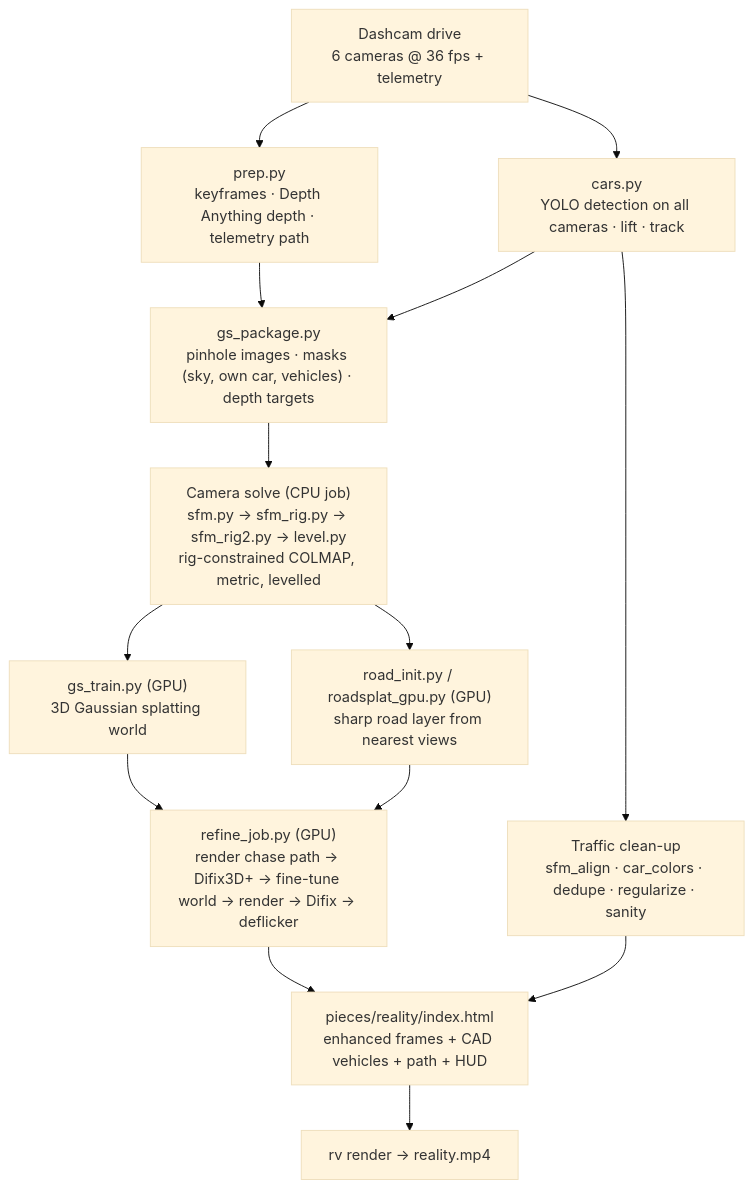
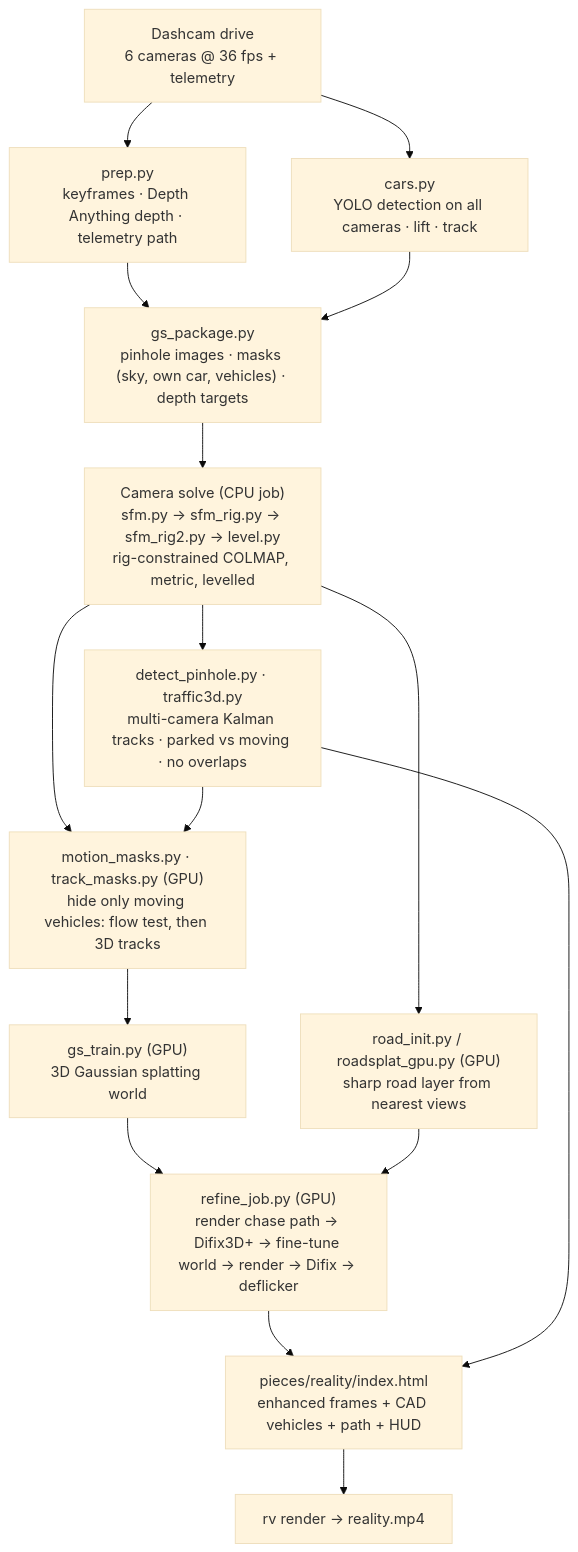
The diagram in README.md (wilsonchenghy/tesla-reality-view), drawn with Mermaid (base theme) before and after one commit. The commit also changed other lines of this file and 20 other files, not shown here.

Commit message:
Run on one 16 GB GPU; hide only moving vehicles from training; multi-camera Kalman traffic with projection evaluation; any-clip local jobs

````diff
--- a/README.md
+++ b/README.md
@@ -14,16 +14,18 @@
 ```mermaid
 flowchart TD
   A["Dashcam drive<br/>6 cameras @ 36 fps + telemetry"] --> B["prep.py<br/>keyframes · Depth Anything depth · telemetry path"]
   A --> C["cars.py<br/>YOLO detection on all cameras · lift · track"]
   B --> D["gs_package.py<br/>pinhole images · masks (sky, own car, vehicles) · depth targets"]
   C --> D
   D --> E["Camera solve (CPU job)<br/>sfm.py → sfm_rig.py → sfm_rig2.py → level.py<br/>rig-constrained COLMAP, metric, levelled"]
-  E --> F["gs_train.py (GPU)<br/>3D Gaussian splatting world"]
+  E --> M["motion_masks.py · track_masks.py (GPU)<br/>hide only moving vehicles: flow test, then 3D tracks"]
+  M --> F["gs_train.py (GPU)<br/>3D Gaussian splatting world"]
   E --> G["road_init.py / roadsplat_gpu.py (GPU)<br/>sharp road layer from nearest views"]
   F --> H["refine_job.py (GPU)<br/>render chase path → Difix3D+ → fine-tune world → render → Difix → deflicker"]
   G --> H
-  C --> I["Traffic clean-up<br/>sfm_align · car_colors · dedupe · regularize · sanity"]
+  E --> I["detect_pinhole.py · traffic3d.py<br/>multi-camera Kalman tracks · parked vs moving · no overlaps"]
+  I --> M
   H --> J["pieces/reality/index.html<br/>enhanced frames + CAD vehicles + path + HUD"]
   I --> J
   J --> K["rv render → reality.mp4"]
 ```
````
